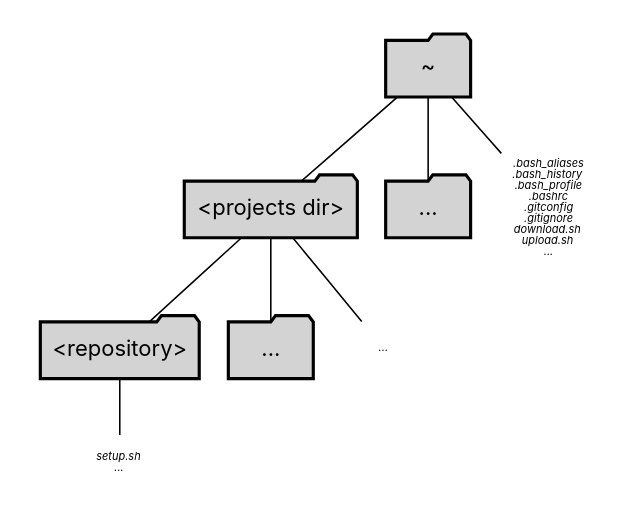
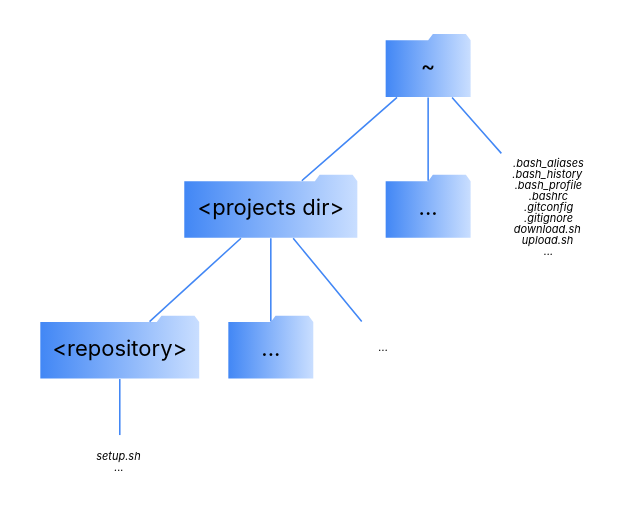
One commit to GiovaniPM/Graphs changed the diagram in Exemplos/Folder.gv. Above: the diagram before and after it, drawn with Graphviz. The commit also changed 2 other files, not shown here.

```diff
--- a/Exemplos/Folder.gv
+++ b/Exemplos/Folder.gv
@@ -1,35 +1,35 @@
 digraph a {
   pad=0.25;
 
   node [fontname = "Handlee"
         shape="folder"
         style="filled,bold"
         color="black"
         fillcolor="lightgray"
         fontname="Inter"];
 
   edge [dir="none"];
 
-  a [label="~"];
-  b [label="<projects dir>"];
-  c [label="..."];
-  d [label="<repository>"];
-  e [label="..."];
+  a [color=none fillcolor="#4287f5:#c9deff" label="~"              ];
+  b [color=none fillcolor="#4287f5:#c9deff" label="<projects dir>" ];
+  c [color=none fillcolor="#4287f5:#c9deff" label="..."            ];
+  d [color=none fillcolor="#4287f5:#c9deff" label="<repository>"   ];
+  e [color=none fillcolor="#4287f5:#c9deff" label="..."            ];
   f [label=<<font color='black' point-size='7'><i>.bash_aliases<br/>.bash_history<br/>.bash_profile<br/>.bashrc<br/>.gitconfig<br/>.gitignore<br/>download.sh<br/>upload.sh<br/>...</i></font>>
      shape="plaintext"
      style=""]
   g [label=<<font color='black' point-size='7'><i>...</i></font>>
      shape="plaintext"
      style=""]
   h [label=<<font color='black' point-size='7'><i>setup.sh<br/>...</i></font>>
      shape="plaintext"
      style=""]
 
-  a -> b;
-  a -> c;
-  a -> f;
-  b -> d;
-  b -> e;
-  b -> g;
-  d -> h;
+  a -> b [color="#4287f5"];
+  a -> c [color="#4287f5"];
+  a -> f [color="#4287f5"];
+  b -> d [color="#4287f5"];
+  b -> e [color="#4287f5"];
+  b -> g [color="#4287f5"];
+  d -> h [color="#4287f5"];
 }
```
